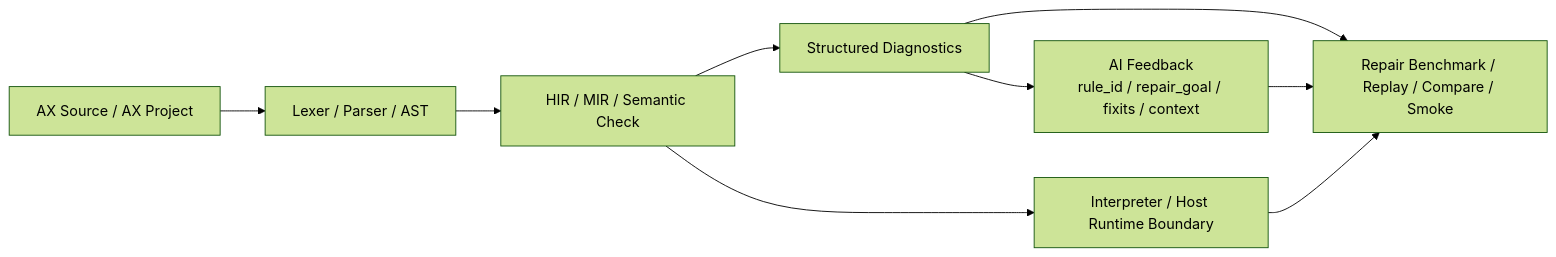
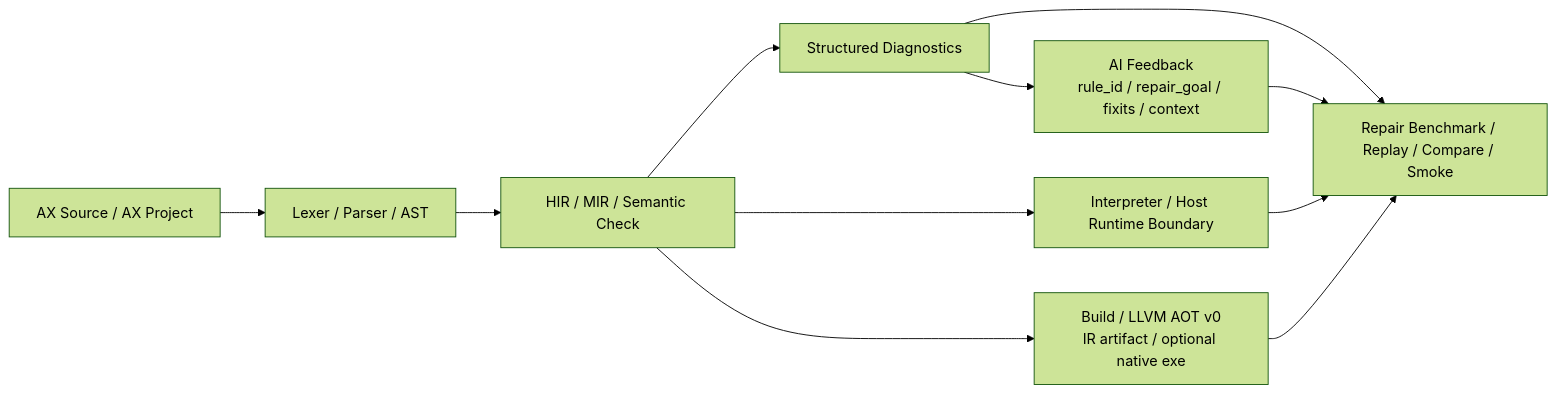
One commit to AX-FDN/AX changed the diagram in README.md. Above: the diagram before and after it, drawn with Mermaid (forest theme). The commit also changed other lines of this file and 39 other files, not shown here.

````diff
--- a/README.md
+++ b/README.md
@@ -187,11 +216,13 @@
 ```mermaid
 flowchart LR
     A["AX Source / AX Project"] --> B["Lexer / Parser / AST"]
     B --> C["HIR / MIR / Semantic Check"]
     C --> D["Structured Diagnostics"]
     D --> E["AI Feedback<br/>rule_id / repair_goal / fixits / context"]
     C --> F["Interpreter / Host Runtime Boundary"]
+    C --> H["Build / LLVM AOT v0<br/>IR artifact / optional native exe"]
     D --> G["Repair Benchmark / Replay / Compare / Smoke"]
     E --> G
     F --> G
+    H --> G
 ```
````
